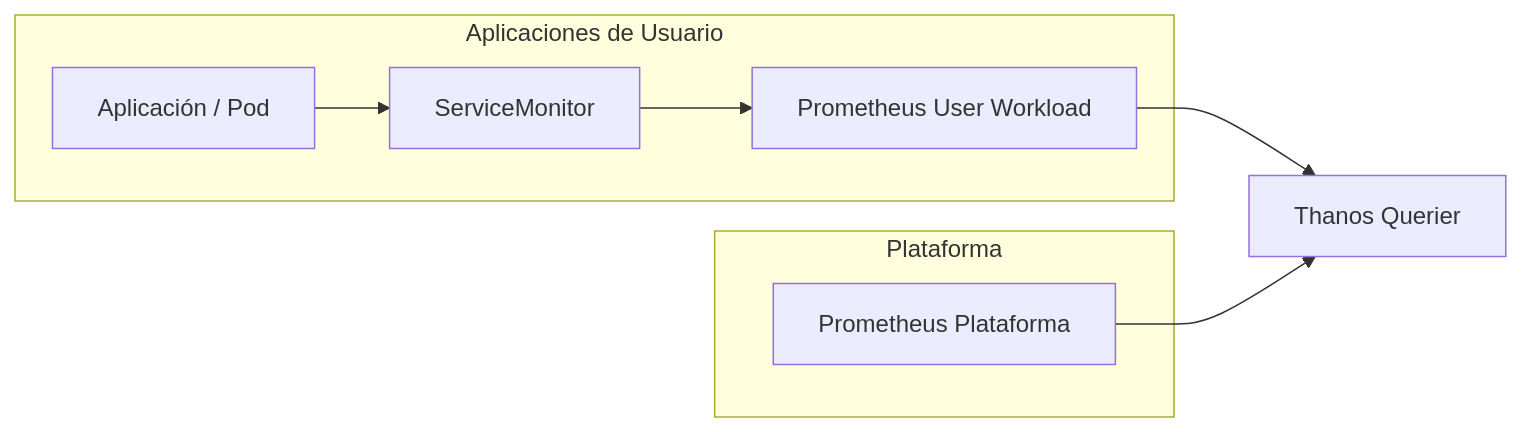
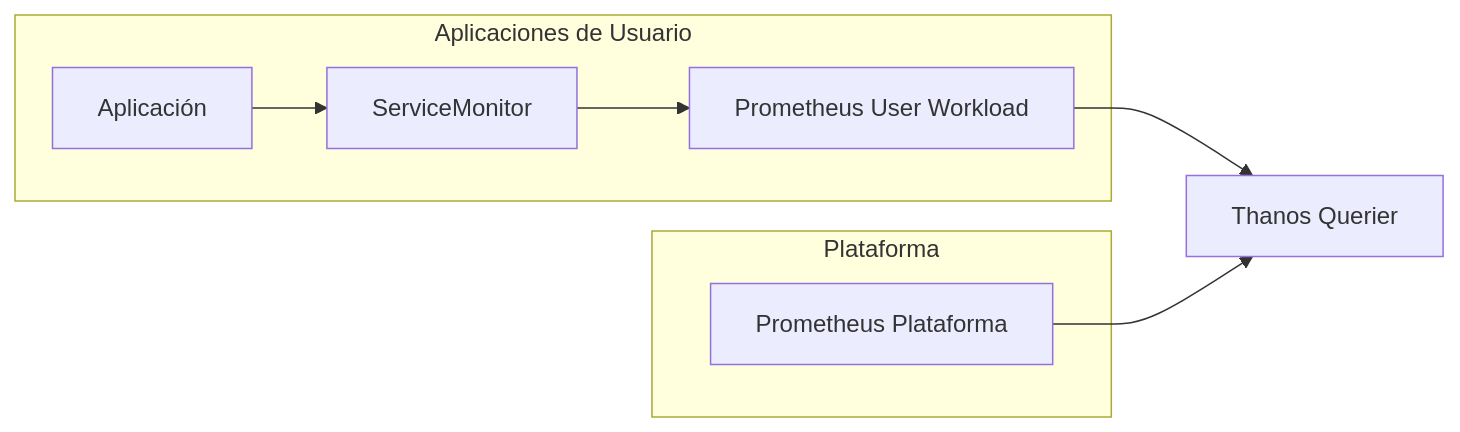
One commit to ieftraining/curso-openshift changed the third of 3 diagrams in docs/sesion3/3.1 Metricas y cuadros de mando.md. Above: the diagram before and after it, drawn with Mermaid. The commit also changed other lines of this file, not shown here.

````diff
--- a/docs/sesion3/3.1 Metricas y cuadros de mando.md
+++ b/docs/sesion3/3.1 Metricas y cuadros de mando.md
@@ -204,18 +242,18 @@
 ```mermaid
 flowchart LR
 
     subgraph Plataforma
         A[Prometheus Plataforma]
     end
 
     subgraph Aplicaciones de Usuario
-        B[Aplicación / Pod]
+        B[Aplicación]
         C[ServiceMonitor]
         D[Prometheus User Workload]
     end
 
     B --> C
     C --> D
     D --> E[Thanos Querier]
     A --> E
 ```
````
